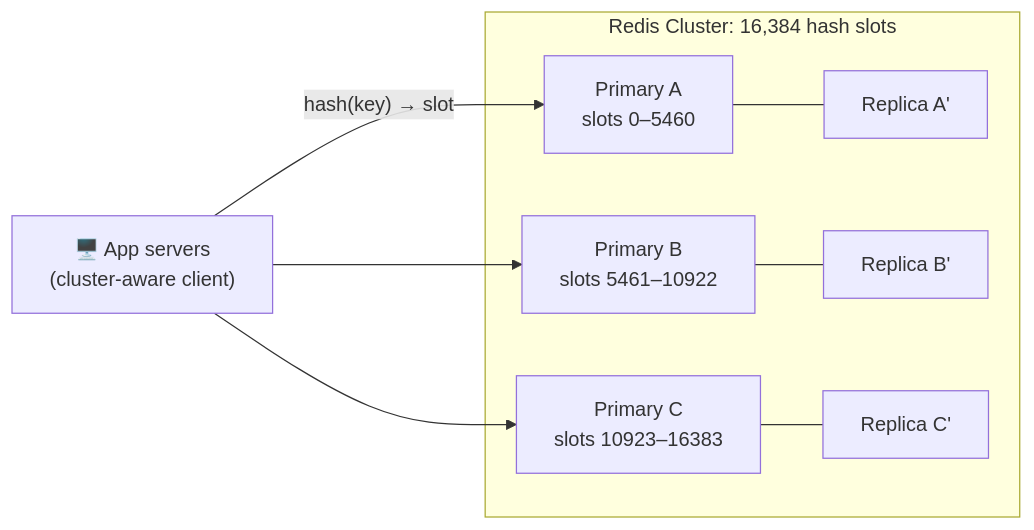
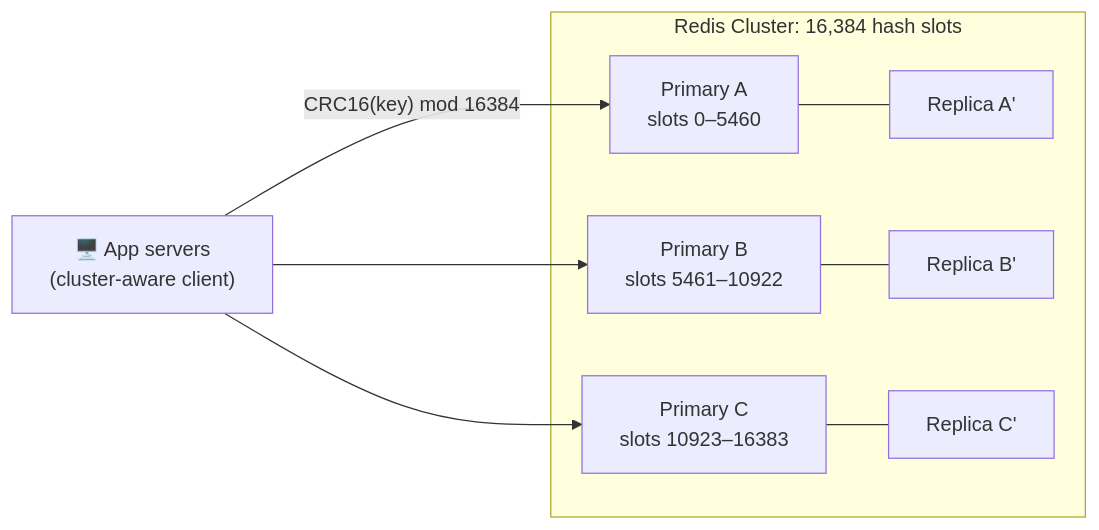
One commit to winnyboy5/System-Design-from-Atoms changed the diagram in phases/04-caching/033-distributed-caches.md. Above: the diagram before and after it, drawn with Mermaid. The commit also changed other lines of this file and 5 other files, not shown here.

````diff
--- a/phases/04-caching/033-distributed-caches.md
+++ b/phases/04-caching/033-distributed-caches.md
@@ -28,11 +38,11 @@
 ```mermaid
 flowchart LR
-    APP["🖥️ App servers<br/>(cluster-aware client)"] -->|"hash(key) → slot"| M1
+    APP["🖥️ App servers<br/>(cluster-aware client)"] -->|"CRC16(key) mod 16384"| M1
     APP --> M2
     APP --> M3
     subgraph RC["Redis Cluster: 16,384 hash slots"]
         M1["Primary A<br/>slots 0–5460"] --- R1["Replica A'"]
         M2["Primary B<br/>slots 5461–10922"] --- R2["Replica B'"]
         M3["Primary C<br/>slots 10923–16383"] --- R3["Replica C'"]
     end
 ```
````
